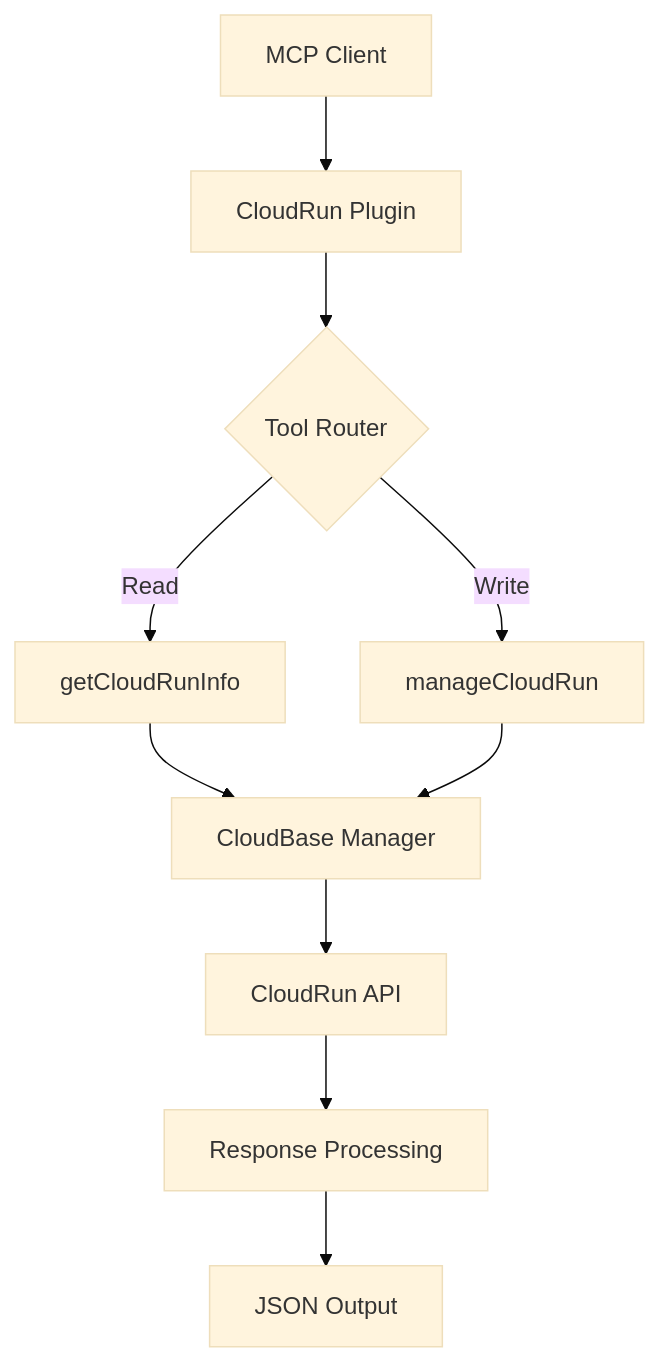
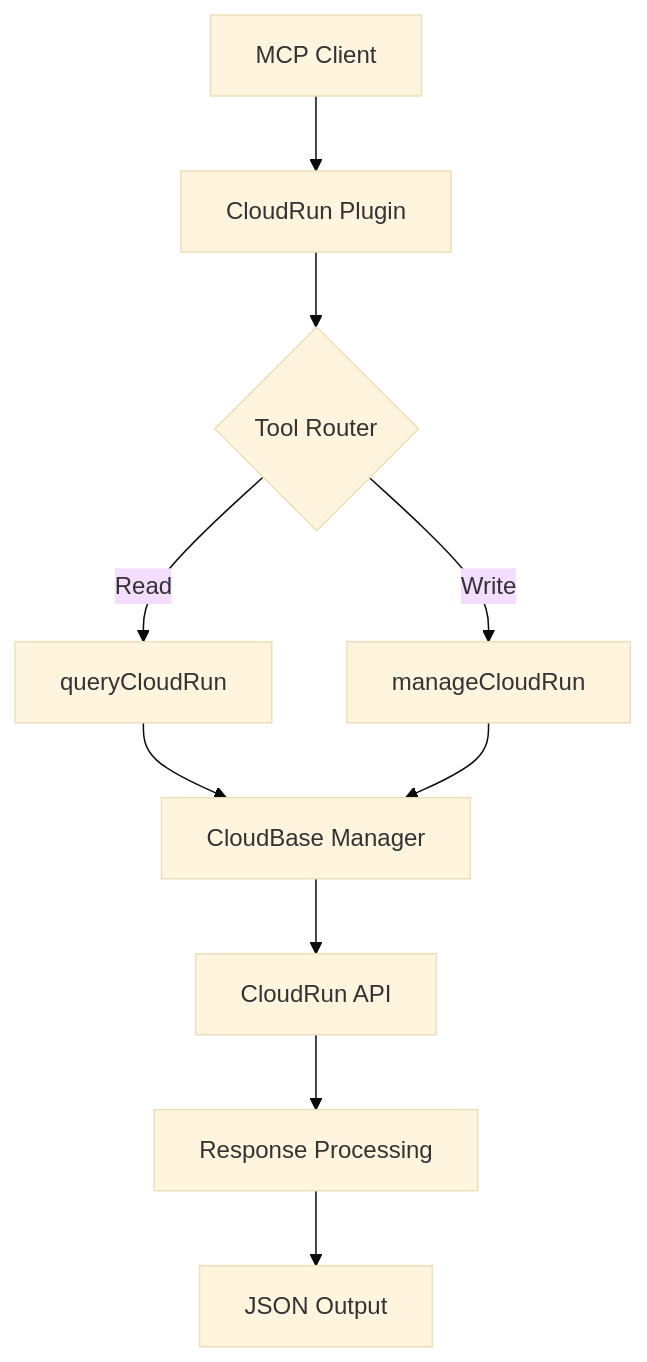
The diagram in specs/cloudrun-plugin/design.md (TencentCloudBase/CloudBase-AI-ToolKit), drawn with Mermaid (base theme) before and after one commit. The commit also changed other lines of this file and 9 other files, not shown here.

Commit message:
feat(cloudrun): add CloudRun local run, rules, and workflow ✨

````diff
--- a/specs/cloudrun-plugin/design.md
+++ b/specs/cloudrun-plugin/design.md
@@ -95,15 +95,15 @@
 ```mermaid
 graph TD
     A[MCP Client] --> B[CloudRun Plugin]
     B --> C{Tool Router}
     
-    C -->|Read| D[getCloudRunInfo]
+    C -->|Read| D[queryCloudRun]
     C -->|Write| E[manageCloudRun]
     
     D --> F[CloudBase Manager]
     E --> F
     
     F --> G[CloudRun API]
     G --> H[Response Processing]
     H --> I[JSON Output]
 ```
````
